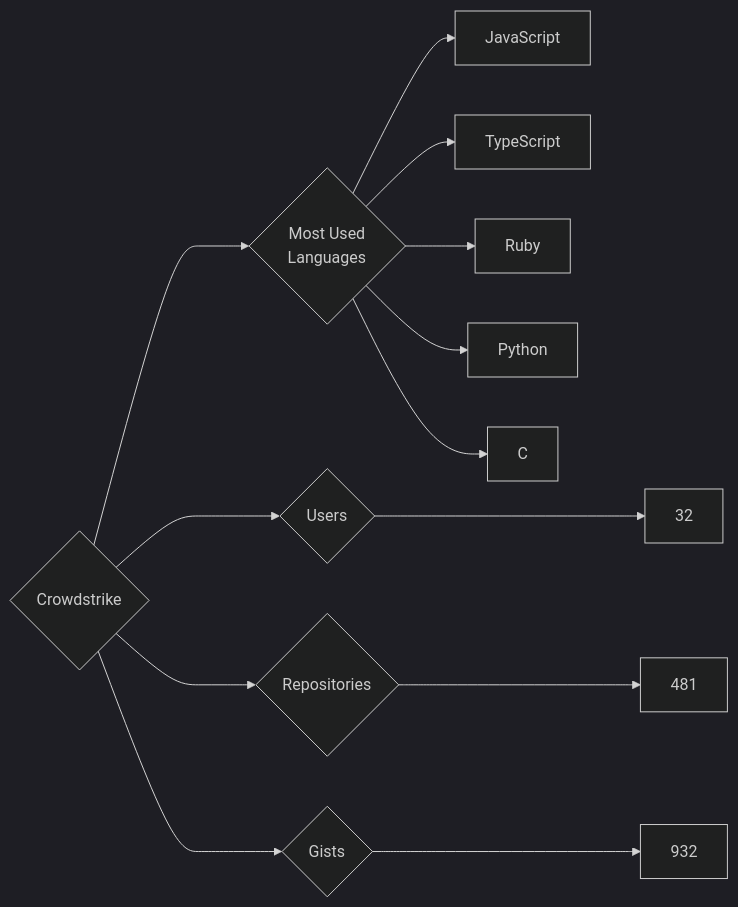
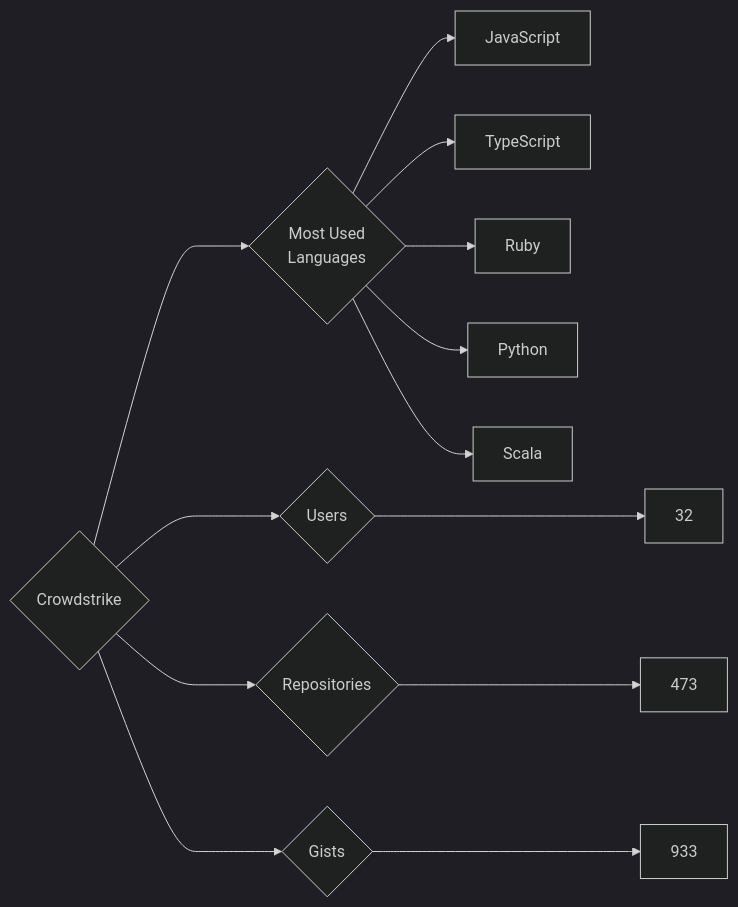
Before and after one commit to trickest/insiders: the diagram in targets/Crowdstrike/README.md, drawn with Mermaid (dark theme). The commit also changed 657 other files, not shown here.

````diff
--- a/targets/Crowdstrike/README.md
+++ b/targets/Crowdstrike/README.md
@@ -3,13 +3,13 @@
 ```mermaid
 graph LR
 COMPANY_NAME{Crowdstrike}
 COMPANY_NAME ---> U{Users} ---> UN[32]
-COMPANY_NAME ---> R{Repositories} ---> RN[481]
-COMPANY_NAME ---> G{Gists} ---> GN[932]
+COMPANY_NAME ---> R{Repositories} ---> RN[473]
+COMPANY_NAME ---> G{Gists} ---> GN[933]
 COMPANY_NAME ---> ML{Most Used<br>Languages}
 ML --> JavaScript[JavaScript]
 ML --> TypeScript[TypeScript]
 ML --> Ruby[Ruby]
 ML --> Python[Python]
-ML --> C[C]
+ML --> Scala[Scala]
 ```
````
